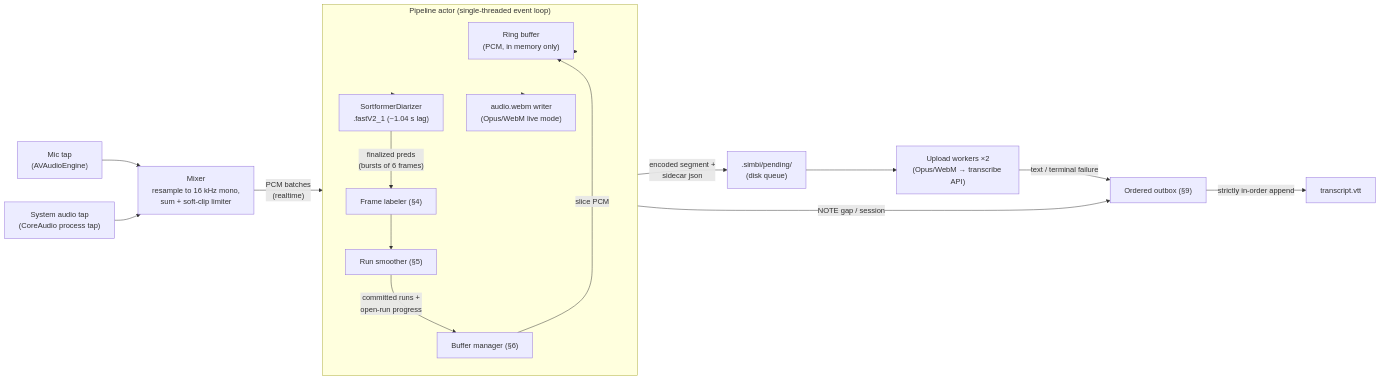
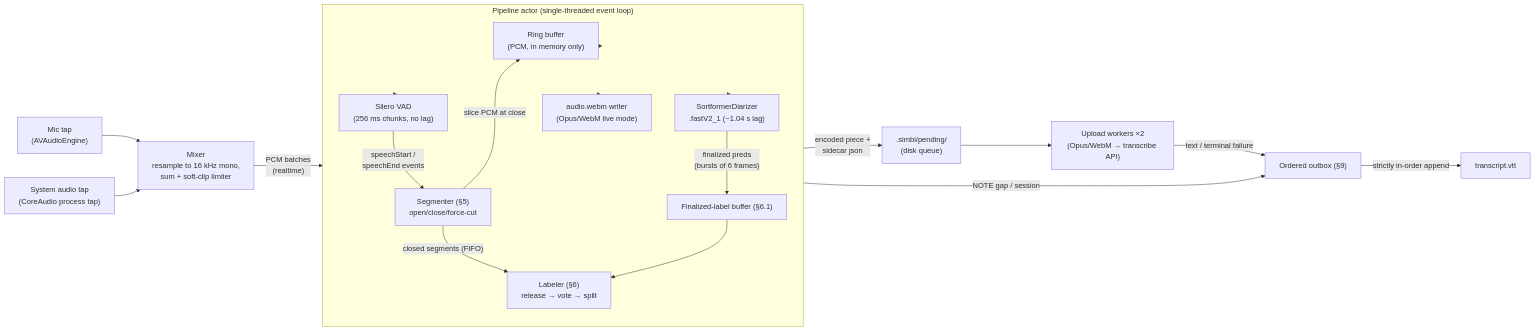
The first of 2 diagrams in docs/recording-algorithm.md (predict-woo/simbi), drawn with Mermaid before and after one commit. The commit also changed other lines of this file, not shown here.

First line of the commit message:
Redesign recording algorithm: Silero VAD cuts, Sortformer labels

````diff
--- a/docs/recording-algorithm.md
+++ b/docs/recording-algorithm.md
@@ -131,25 +210,28 @@
 ```mermaid
 flowchart LR
     MIC["Mic tap\n(AVAudioEngine)"] --> MIX
     SYS["System audio tap\n(CoreAudio process tap)"] --> MIX
     MIX["Mixer\nresample to 16 kHz mono,\nsum + soft-clip limiter"] -->|"PCM batches\n(realtime)"| PA
 
     subgraph PA["Pipeline actor (single-threaded event loop)"]
         direction TB
         RING["Ring buffer\n(PCM, in memory only)"]
         WEBM["audio.webm writer\n(Opus/WebM live mode)"]
+        VAD["Silero VAD\n(256 ms chunks, no lag)"]
+        SEG["Segmenter (§5)\nopen/close/force-cut"]
         DIA["SortformerDiarizer\n.fastV2_1 (~1.04 s lag)"]
-        LAB["Frame labeler (§4)"]
-        SMO["Run smoother (§5)"]
-        BUF["Buffer manager (§6)"]
-        DIA -->|"finalized preds\n(bursts of 6 frames)"| LAB --> SMO -->|"committed runs +\nopen-run progress"| BUF
-        BUF -->|"slice PCM"| RING
+        LBUF["Finalized-label buffer (§6.1)"]
+        LAB["Labeler (§6)\nrelease → vote → split"]
+        VAD -->|"speechStart /\nspeechEnd events"| SEG
+        SEG -->|"slice PCM at close"| RING
+        SEG -->|"closed segments (FIFO)"| LAB
+        DIA -->|"finalized preds\n(bursts of 6 frames)"| LBUF --> LAB
     end
 
-    PA --> RING & WEBM & DIA
-    BUF -->|"encoded segment +\nsidecar json"| PEND[".simbi/pending/\n(disk queue)"]
+    PA --> RING & WEBM & VAD & DIA
+    LAB -->|"encoded piece +\nsidecar json"| PEND[".simbi/pending/\n(disk queue)"]
     PEND --> UP["Upload workers ×2\n(Opus/WebM → transcribe API)"]
     UP -->|"text / terminal failure"| OUTBOX["Ordered outbox (§9)"]
-    BUF -->|"NOTE gap / session"| OUTBOX
+    LAB -->|"NOTE gap / session"| OUTBOX
     OUTBOX -->|"strictly in-order append"| VTT["transcript.vtt"]
 ```
````
